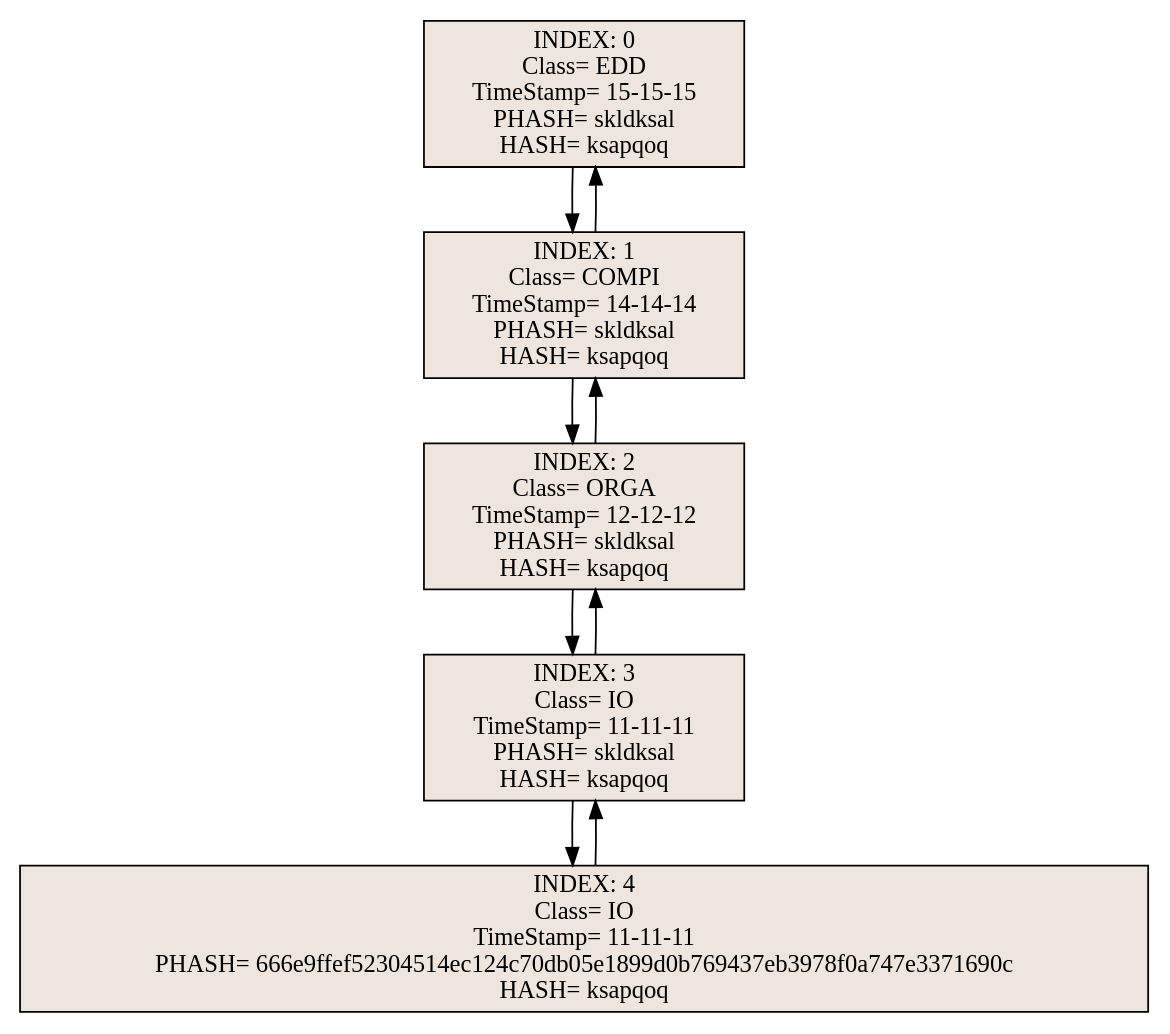
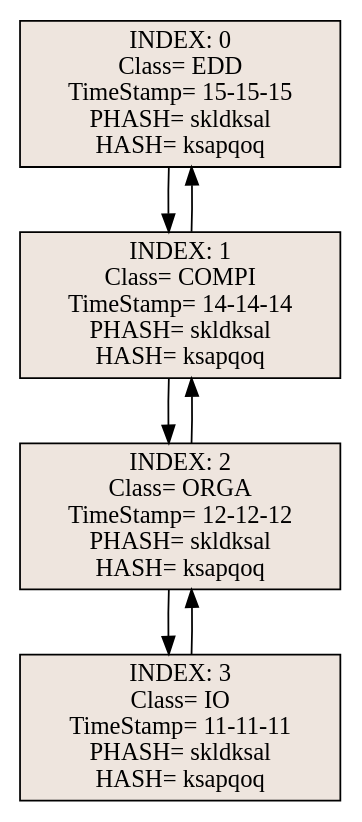
The diagram in Practica2/venv/Include/ListaBloques.dot (Eduardo01004/EDD_2S2019_P2_201612124), drawn with Graphviz before and after one commit. The commit also changed 9 other files, not shown here.

```diff
--- a/Practica2/venv/Include/ListaBloques.dot
+++ b/Practica2/venv/Include/ListaBloques.dot
@@ -1,15 +1,12 @@
 digraph G { 
-3555523[shape=record, style=filled, fillcolor=seashell2,label="INDEX: 0&#92;n Class= EDD &#92;n TimeStamp= 15-15-15&#92;n PHASH= skldksal&#92;n HASH= ksapqoq"];
-3555523->3555529
-3555529->3555523
-3555529[shape=record, style=filled, fillcolor=seashell2,label="INDEX: 1&#92;n Class= COMPI &#92;n TimeStamp= 14-14-14&#92;n PHASH= skldksal&#92;n HASH= ksapqoq"];
-3555529->3560739
-3560739->3555529
-3560739[shape=record, style=filled, fillcolor=seashell2,label="INDEX: 2&#92;n Class= ORGA &#92;n TimeStamp= 12-12-12&#92;n PHASH= skldksal&#92;n HASH= ksapqoq"];
-3560739->3560725
-3560725->3560739
-3560725[shape=record, style=filled, fillcolor=seashell2,label="INDEX: 3&#92;n Class= IO &#92;n TimeStamp= 11-11-11&#92;n PHASH= skldksal&#92;n HASH= ksapqoq"];
-3560725->3560711
-3560711->3560725
-3560711[shape=record, style=filled, fillcolor=seashell2,label="INDEX: 4 &#92;n Class= IO &#92;n TimeStamp= 11-11-11&#92;n PHASH= 666e9ffef52304514ec124c70db05e1899d0b769437eb3978f0a747e3371690c&#92;n HASH= ksapqoq"];
+1966303[shape=record, style=filled, fillcolor=seashell2,label="INDEX: 0&#92;n Class= EDD &#92;n TimeStamp= 15-15-15&#92;n PHASH= skldksal&#92;n HASH= ksapqoq"];
+1966303->1966309
+1966309->1966303
+1966309[shape=record, style=filled, fillcolor=seashell2,label="INDEX: 1&#92;n Class= COMPI &#92;n TimeStamp= 14-14-14&#92;n PHASH= skldksal&#92;n HASH= ksapqoq"];
+1966309->2000619
+2000619->1966309
+2000619[shape=record, style=filled, fillcolor=seashell2,label="INDEX: 2&#92;n Class= ORGA &#92;n TimeStamp= 12-12-12&#92;n PHASH= skldksal&#92;n HASH= ksapqoq"];
+2000619->2000623
+2000623->2000619
+2000623[shape=record, style=filled, fillcolor=seashell2,label="INDEX: 3 &#92;n Class= IO &#92;n TimeStamp= 11-11-11&#92;n PHASH= skldksal&#92;n HASH= ksapqoq"];
 }
```
